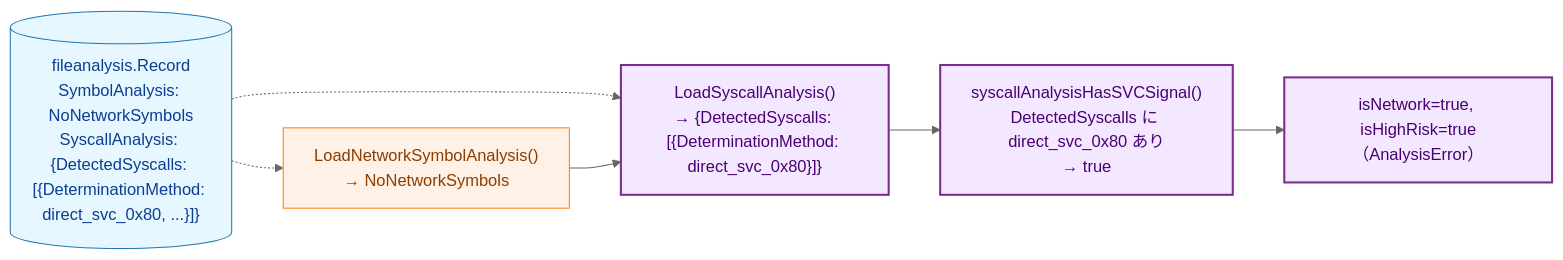
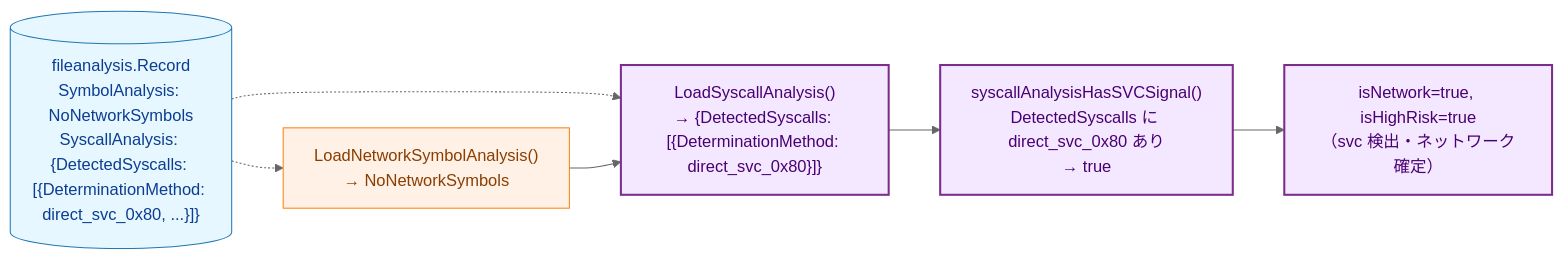
Before and after one commit to isseis/go-safe-cmd-runner: the eighth of 8 diagrams in docs/tasks/0097_macho_arm64_syscall_analysis/02_architecture.md, drawn with Mermaid (neutral theme). The commit also changed 3 other files, not shown here.

First line of the commit message:
docs(0097): Fix AnalysisError/true-true confusion and CGO fallback scope in docs

````diff
--- a/docs/tasks/0097_macho_arm64_syscall_analysis/02_architecture.md
+++ b/docs/tasks/0097_macho_arm64_syscall_analysis/02_architecture.md
@@ -409,22 +409,22 @@
 ```mermaid
 flowchart LR
     classDef data fill:#e6f7ff,stroke:#1f77b4,stroke-width:1px,color:#0b3d91;
     classDef process fill:#fff1e6,stroke:#ff7f0e,stroke-width:1px,color:#8a3e00;
     classDef new fill:#f3e8ff,stroke:#7b2d8b,stroke-width:2px,color:#4a0072;
 
     STORE[("fileanalysis.Record<br>SymbolAnalysis: NoNetworkSymbols<br>SyscallAnalysis: {DetectedSyscalls: [{DeterminationMethod: direct_svc_0x80, ...}]}")]
     LOADSYM["LoadNetworkSymbolAnalysis()<br>→ NoNetworkSymbols"]
     LOADSVC["LoadSyscallAnalysis()<br>→ {DetectedSyscalls: [{DeterminationMethod: direct_svc_0x80}]}"]
     CHECK["syscallAnalysisHasSVCSignal()<br>DetectedSyscalls に direct_svc_0x80 あり<br>→ true"]
-    RESULT["isNetwork=true, isHighRisk=true<br>（AnalysisError）"]
+    RESULT["isNetwork=true, isHighRisk=true<br>（svc 検出・ネットワーク確定）"]
 
     STORE -.-> LOADSYM
     STORE -.-> LOADSVC
     LOADSYM --> LOADSVC
     LOADSVC --> CHECK
     CHECK --> RESULT
 
     class STORE data;
     class LOADSYM process;
     class LOADSVC,CHECK,RESULT new;
 ```
````
